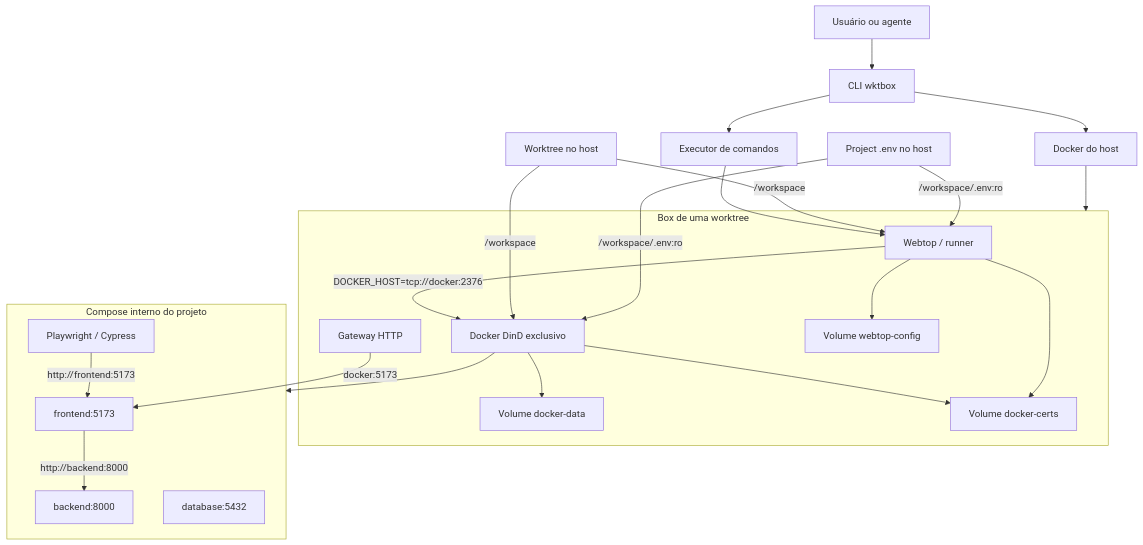
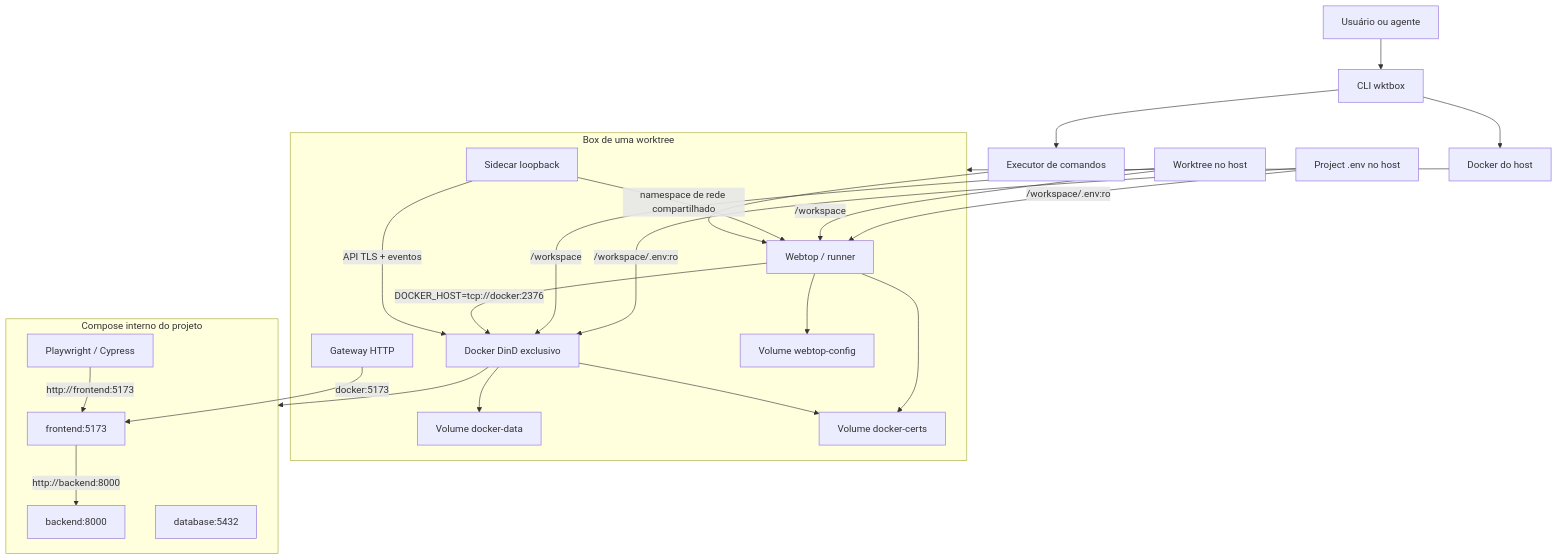
The first of 2 diagrams in wktbox-plano-tecnico.md (marcelorossini/wktbox), drawn with Mermaid before and after one commit. The commit also changed other lines of this file and 8 other files, not shown here.

````diff
--- a/wktbox-plano-tecnico.md
+++ b/wktbox-plano-tecnico.md
@@ -123,40 +149,43 @@
 ```mermaid
 flowchart TB
     USER["Usuário ou agente"] --> CLI["CLI wktbox"]
     CLI --> HOSTDOCKER["Docker do host"]
     CLI --> EXEC["Executor de comandos"]
 
     subgraph BOX["Box de uma worktree"]
         WEB["Webtop / runner"]
+        LOOPBACK["Sidecar loopback"]
         DIND["Docker DinD exclusivo"]
         GATEWAY["Gateway HTTP"]
         DDATA["Volume docker-data"]
         CERTS["Volume docker-certs"]
         WCONFIG["Volume webtop-config"]
     end
 
     HOSTDOCKER --> BOX
     EXEC --> WEB
+    LOOPBACK -->|"namespace de rede compartilhado"| WEB
+    LOOPBACK -->|"API TLS + eventos"| DIND
     WEB -->|"DOCKER_HOST=tcp://docker:2376"| DIND
     DIND --> DDATA
     DIND --> CERTS
     WEB --> CERTS
     WEB --> WCONFIG
 
     WT["Worktree no host"] -->|"/workspace"| WEB
     WT -->|"/workspace"| DIND
     ENV["Project .env no host"] -->|"/workspace/.env:ro"| WEB
     ENV -->|"/workspace/.env:ro"| DIND
 
     subgraph PROJECT["Compose interno do projeto"]
         FRONT["frontend:5173"]
         BACK["backend:8000"]
         DB["database:5432"]
         E2E["Playwright / Cypress"]
     end
 
     DIND --> PROJECT
     E2E -->|"http://frontend:5173"| FRONT
     FRONT -->|"http://backend:8000"| BACK
     GATEWAY -->|"docker:5173"| FRONT
 ```
````
